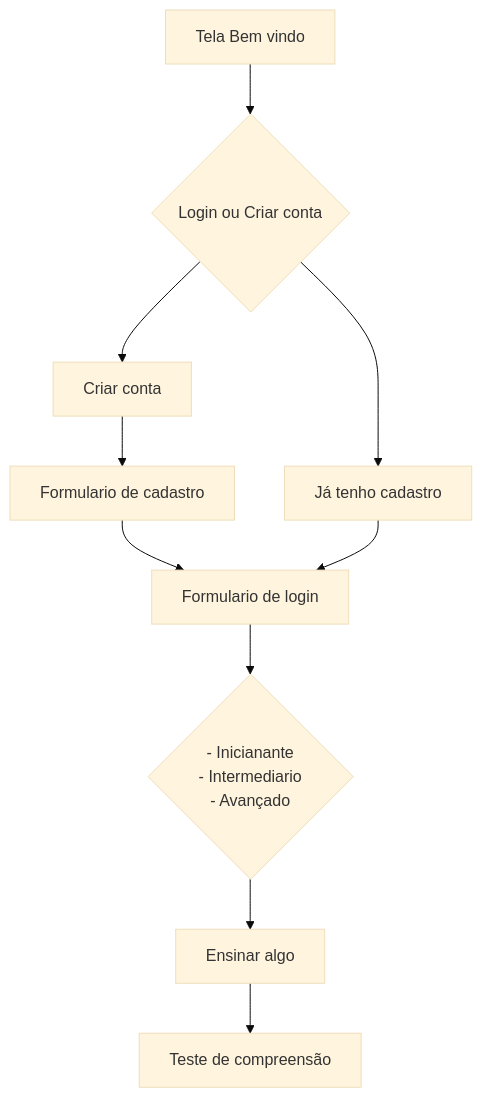
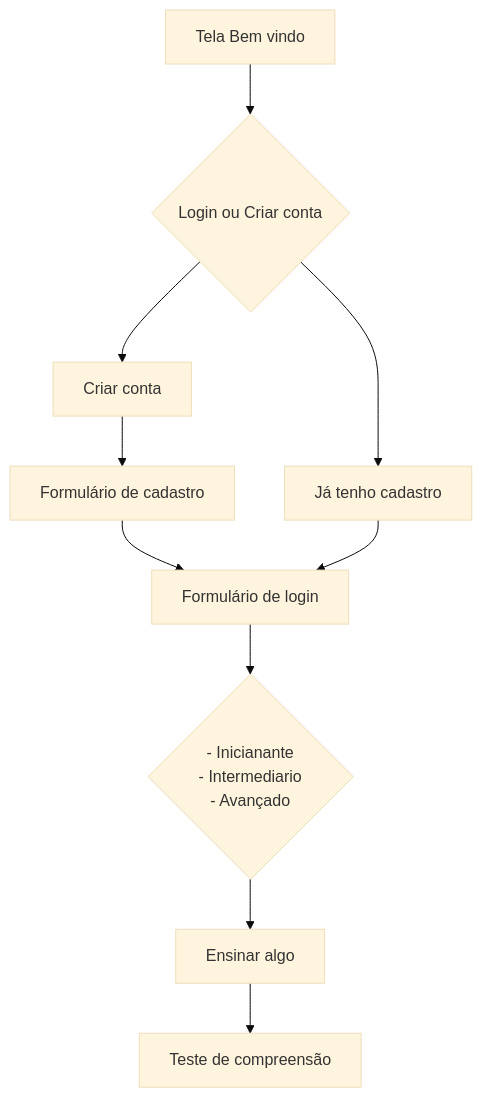
The diagram in README.md (LucasGFBatista/senai-prova-mobile), drawn with Mermaid (base theme) before and after one commit. The commit also changed other lines of this file, not shown here.

````diff
--- a/README.md
+++ b/README.md
@@ -69,18 +94,18 @@
 ```mermaid
 graph TD;
 
 Welcome[Tela Bem vindo] --> id1{Login ou Criar conta};
 
 id1 --> singup[Criar conta];
 id1 --> login[Já tenho cadastro];
 
-singup --> formSingup[Formulario de cadastro];
+singup --> formSingup[Formulário de cadastro];
 formSingup --> formLogin;
-login --> formLogin[Formulario de login];
+login --> formLogin[Formulário de login];
 formLogin--> selectLevel{- Inicianante
 - Intermediario
 - Avançado};
 
 selectLevel --> teachSometing[Ensinar algo];
 teachSometing --> comprehension[Teste de compreensão];
 ```
````
